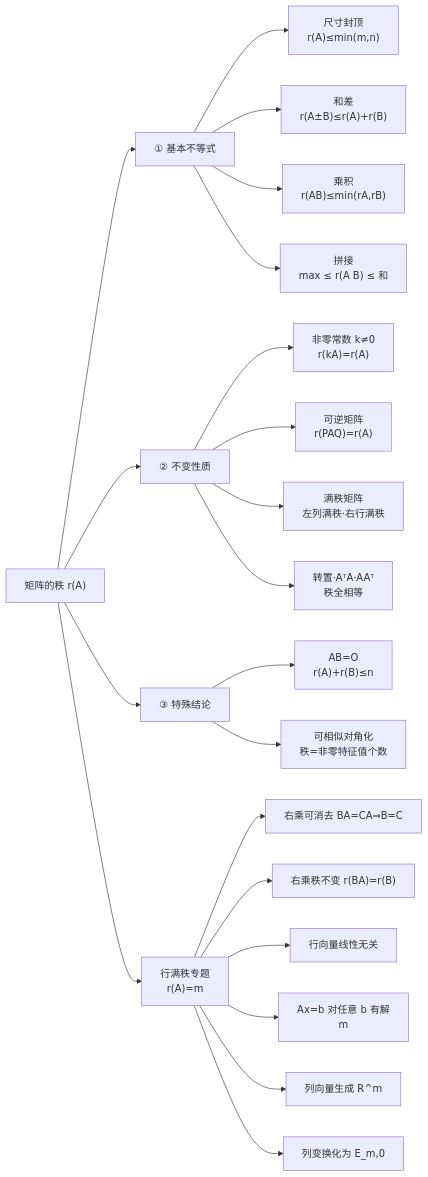
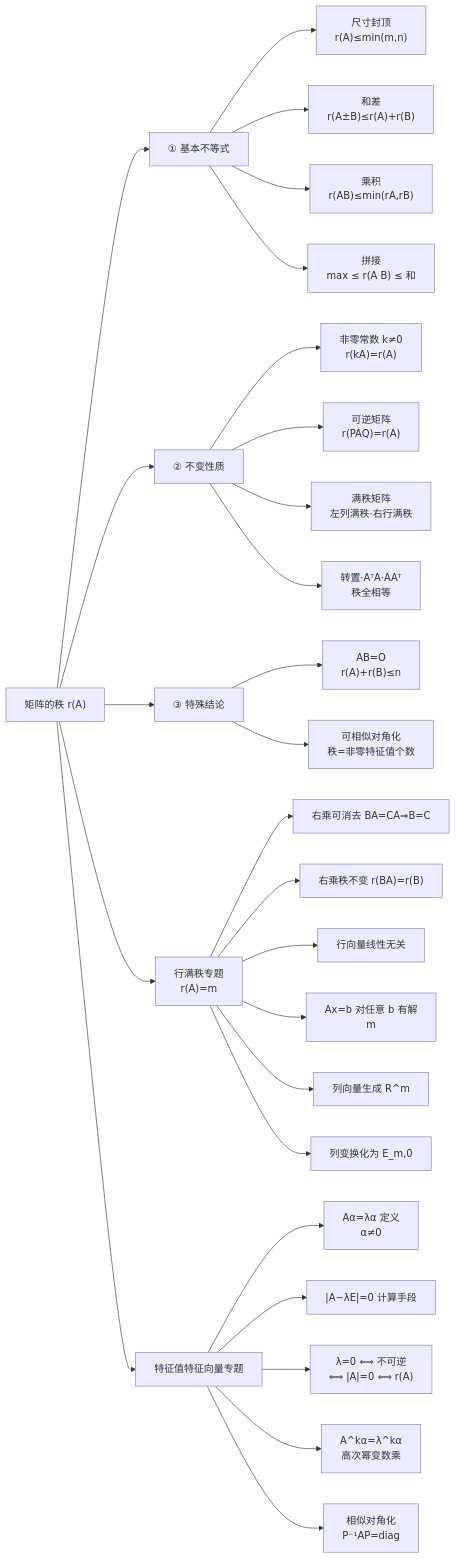
One commit to priceHE2002/Obsidian changed the diagram in 10_数学大观/线代大观/线代大观 MOC.md. Above: the diagram before and after it, drawn with Mermaid. The commit also changed other lines of this file and 3 other files, not shown here.

````diff
--- a/10_数学大观/线代大观/线代大观 MOC.md
+++ b/10_数学大观/线代大观/线代大观 MOC.md
@@ -10,27 +10,34 @@
 ```mermaid
 flowchart LR
     A["矩阵的秩 r(A)"] --> B["① 基本不等式"]
     A --> C["② 不变性质"]
     A --> D["③ 特殊结论"]
 
     B --> B1["尺寸封顶<br/>r(A)≤min(m,n)"]
     B --> B2["和差<br/>r(A±B)≤r(A)+r(B)"]
     B --> B3["乘积<br/>r(AB)≤min(rA,rB)"]
     B --> B4["拼接<br/>max ≤ r(A B) ≤ 和"]
 
     C --> C1["非零常数 k≠0<br/>r(kA)=r(A)"]
     C --> C2["可逆矩阵<br/>r(PAQ)=r(A)"]
     C --> C3["满秩矩阵<br/>左列满秩·右行满秩"]
     C --> C4["转置·AᵀA·AAᵀ<br/>秩全相等"]
 
     D --> D1["AB=O<br/>r(A)+r(B)≤n"]
     D --> D2["可相似对角化<br/>秩=非零特征值个数"]
 
     A --> F["行满秩专题<br/>r(A)=m"]
     F --> F1["右乘可消去 BA=CA⇒B=C"]
     F --> F2["右乘秩不变 r(BA)=r(B)"]
     F --> F3["行向量线性无关"]
     F --> F4["Ax=b 对任意 b 有解<br/>m<n 无穷多解"]
     F --> F5["列向量生成 R^m"]
     F --> F6["列变换化为 E_m,0"]
+
+    A --> G["特征值特征向量专题"]
+    G --> G1["Aα=λα 定义<br/>α≠0"]
+    G --> G2["|A−λE|=0 计算手段"]
+    G --> G3["λ=0 ⟺ 不可逆<br/>⟺ |A|=0 ⟺ r(A)<n"]
+    G --> G4["A^kα=λ^kα<br/>高次幂变数乘"]
+    G --> G5["相似对角化<br/>P⁻¹AP=diag"]
 ```
````
